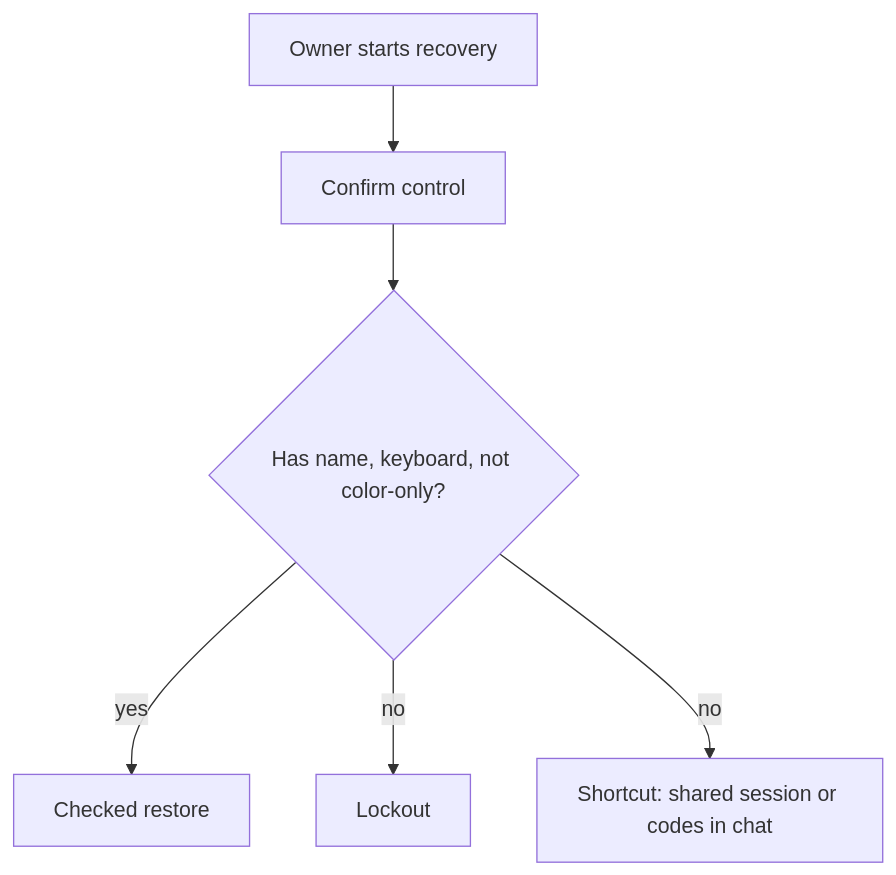
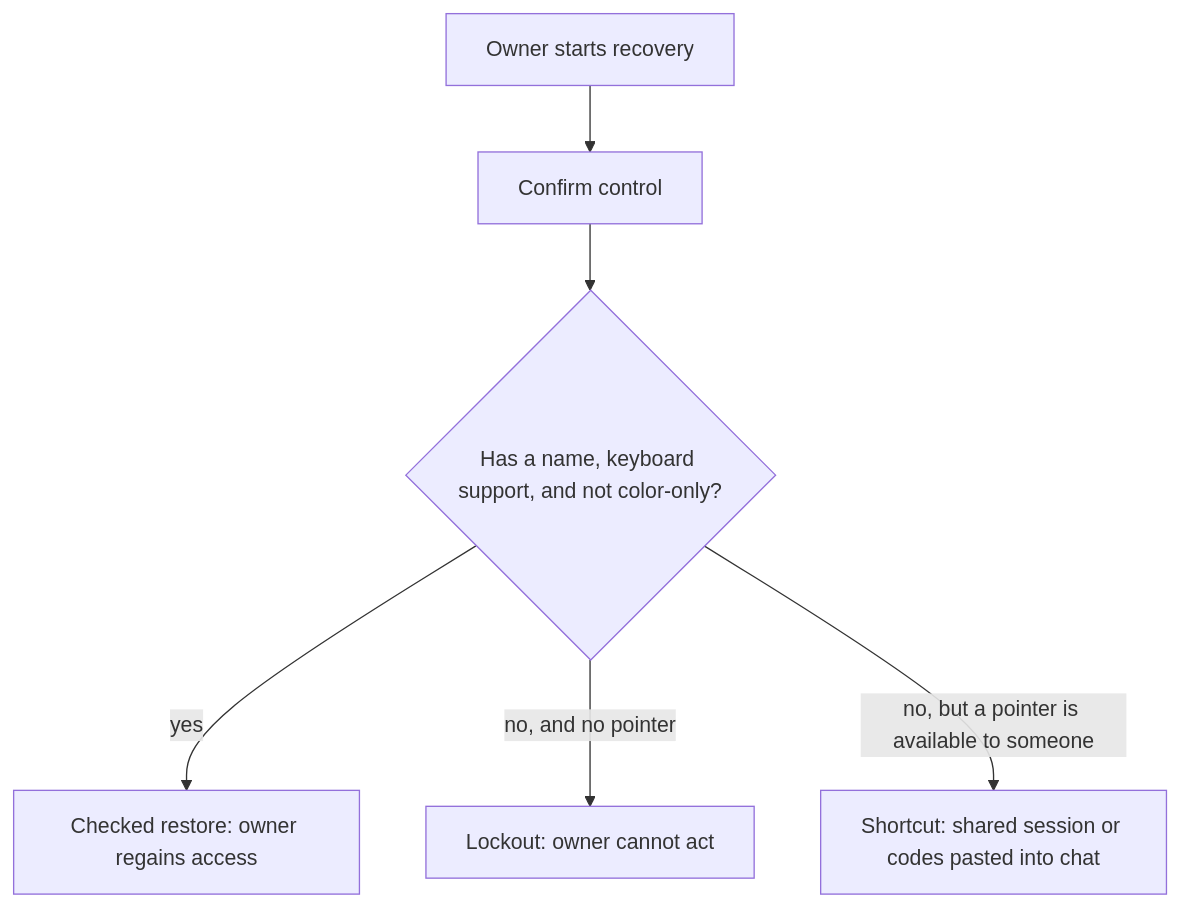
The diagram in content/modules/1/1.4/lessons/03-break.md (ishitvagoel/LearnSecurity), drawn with Mermaid before and after one commit. The commit also changed other lines of this file and 18 other files, not shown here.

````diff
--- a/content/modules/1/1.4/lessons/03-break.md
+++ b/content/modules/1/1.4/lessons/03-break.md
@@ -22,8 +18,8 @@
 ```mermaid
 flowchart TD
   Start[Owner starts recovery] --> Ctrl[Confirm control]
-  Ctrl --> K{Has name, keyboard, not color-only?}
-  K -->|yes| Ok[Checked restore]
-  K -->|no| L[Lockout]
-  K -->|no| W[Shortcut: shared session or codes in chat]
+  Ctrl --> K{Has a name, keyboard support, and not color-only?}
+  K -->|yes| Ok[Checked restore: owner regains access]
+  K -->|no, and no pointer| L[Lockout: owner cannot act]
+  K -->|no, but a pointer is available to someone| W[Shortcut: shared session or codes pasted into chat]
 ```
````
